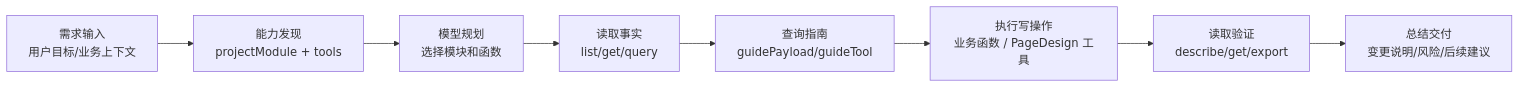
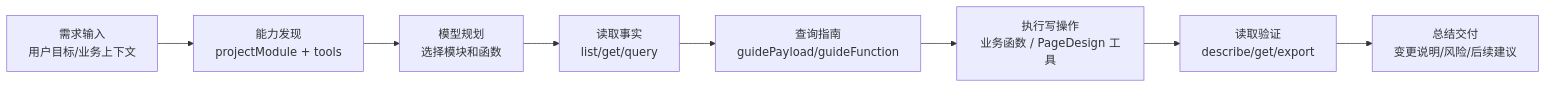
Before and after one commit to LMSpark/spark-view-vue: diagram 13 of 14 in docs/ai/AI_DETAILED_DESIGN_AND_IMPLEMENTATION_CHAIN.md, drawn with Mermaid. The commit also changed other lines of this file and 56 other files, not shown here.

Commit message:
feat: unify AI core protocol and simplify chat panel architecture

````diff
--- a/docs/ai/AI_DETAILED_DESIGN_AND_IMPLEMENTATION_CHAIN.md
+++ b/docs/ai/AI_DETAILED_DESIGN_AND_IMPLEMENTATION_CHAIN.md
@@ -434,13 +434,13 @@
 ```mermaid
 flowchart LR
   Req["需求输入<br/>用户目标/业务上下文"]
   Discover["能力发现<br/>projectModule + tools"]
   Plan["模型规划<br/>选择模块和函数"]
   Read["读取事实<br/>list/get/query"]
-  Guide["查询指南<br/>guidePayload/guideTool"]
+  Guide["查询指南<br/>guidePayload/guideFunction"]
   Write["执行写操作<br/>业务函数 / PageDesign 工具"]
   Verify["读取验证<br/>describe/get/export"]
   Summarize["总结交付<br/>变更说明/风险/后续建议"]
 
   Req --> Discover --> Plan --> Read --> Guide --> Write --> Verify --> Summarize
 ```
````
